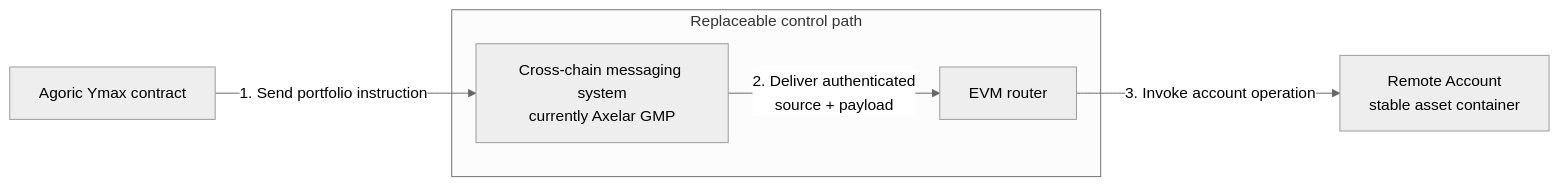
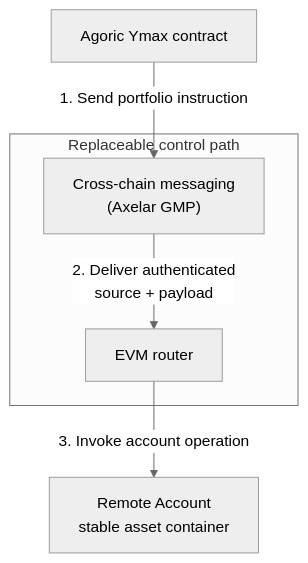
The third of 6 diagrams in agoric-docs/ymax-evm-remote-accounts.md (agoric-labs/agoric-to-axelar-local), drawn with Mermaid (neutral theme) before and after one commit. The commit also changed other lines of this file, not shown here.

````diff
--- a/agoric-docs/ymax-evm-remote-accounts.md
+++ b/agoric-docs/ymax-evm-remote-accounts.md
@@ -121,14 +121,14 @@
 ```mermaid
-flowchart LR
+flowchart TD
   Ymax["Agoric Ymax contract"]
   RemoteAccount["Remote Account<br/>stable asset container"]
 
   subgraph ControlPath["Replaceable control path"]
-    MessageSystem["Cross-chain messaging system<br/>currently Axelar GMP"]
+    MessageSystem["Cross-chain messaging<br/>(Axelar GMP)"]
     Router["EVM router"]
   end
 
   Ymax -->|"1. Send portfolio instruction"| MessageSystem
   MessageSystem -->|"2. Deliver authenticated<br/>source + payload"| Router
   Router -->|"3. Invoke account operation"| RemoteAccount
 ```
````
